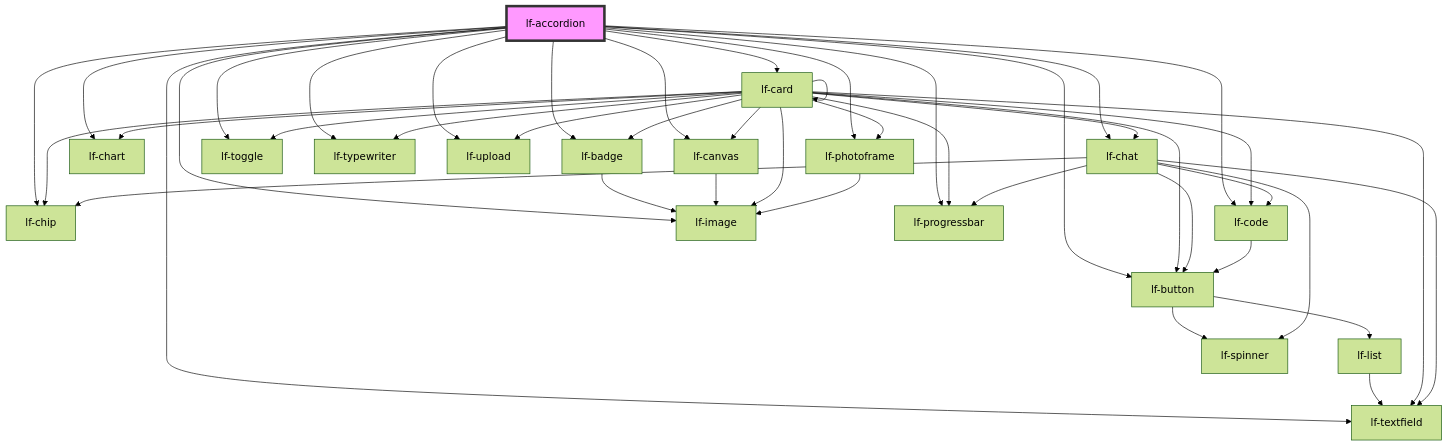
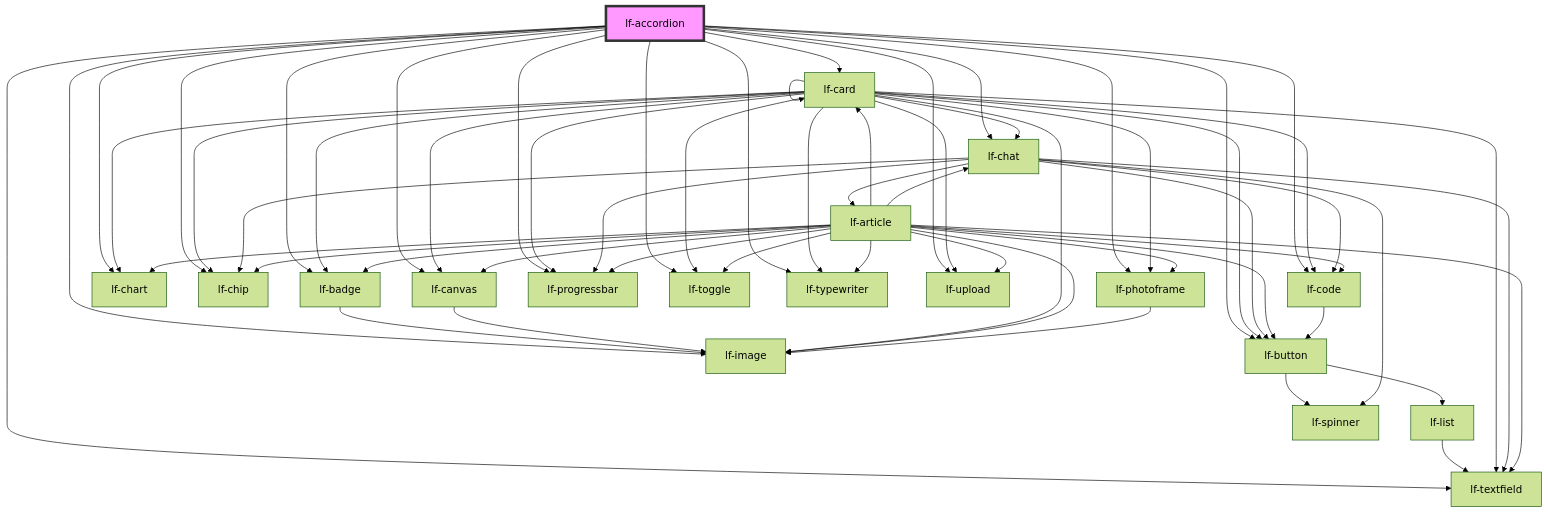
Before and after one commit to lucafoscili/lf-widgets: the diagram in packages/core/src/components/lf-accordion/readme.md, drawn with Mermaid (forest theme). The commit also changed 28 other files, not shown here.

````diff
--- a/packages/core/src/components/lf-accordion/readme.md
+++ b/packages/core/src/components/lf-accordion/readme.md
@@ -156,47 +156,63 @@
 ```mermaid
 graph TD;
   lf-accordion --> lf-badge
   lf-accordion --> lf-button
   lf-accordion --> lf-canvas
   lf-accordion --> lf-card
   lf-accordion --> lf-chart
   lf-accordion --> lf-chat
   lf-accordion --> lf-chip
   lf-accordion --> lf-code
   lf-accordion --> lf-image
   lf-accordion --> lf-photoframe
   lf-accordion --> lf-progressbar
   lf-accordion --> lf-textfield
   lf-accordion --> lf-toggle
   lf-accordion --> lf-typewriter
   lf-accordion --> lf-upload
   lf-badge --> lf-image
   lf-button --> lf-list
   lf-button --> lf-spinner
   lf-list --> lf-textfield
   lf-canvas --> lf-image
   lf-card --> lf-badge
   lf-card --> lf-button
   lf-card --> lf-canvas
   lf-card --> lf-card
   lf-card --> lf-chart
   lf-card --> lf-chat
   lf-card --> lf-chip
   lf-card --> lf-code
   lf-card --> lf-image
   lf-card --> lf-photoframe
   lf-card --> lf-progressbar
   lf-card --> lf-textfield
   lf-card --> lf-toggle
   lf-card --> lf-typewriter
   lf-card --> lf-upload
   lf-chat --> lf-spinner
+  lf-chat --> lf-article
   lf-chat --> lf-button
   lf-chat --> lf-chip
   lf-chat --> lf-textfield
   lf-chat --> lf-progressbar
   lf-chat --> lf-code
+  lf-article --> lf-badge
+  lf-article --> lf-button
+  lf-article --> lf-canvas
+  lf-article --> lf-card
+  lf-article --> lf-chart
+  lf-article --> lf-chat
+  lf-article --> lf-chip
+  lf-article --> lf-code
+  lf-article --> lf-image
+  lf-article --> lf-photoframe
+  lf-article --> lf-progressbar
+  lf-article --> lf-textfield
+  lf-article --> lf-toggle
+  lf-article --> lf-typewriter
+  lf-article --> lf-upload
   lf-code --> lf-button
   lf-photoframe --> lf-image
   style lf-accordion fill:#f9f,stroke:#333,stroke-width:4px
 ```
````
